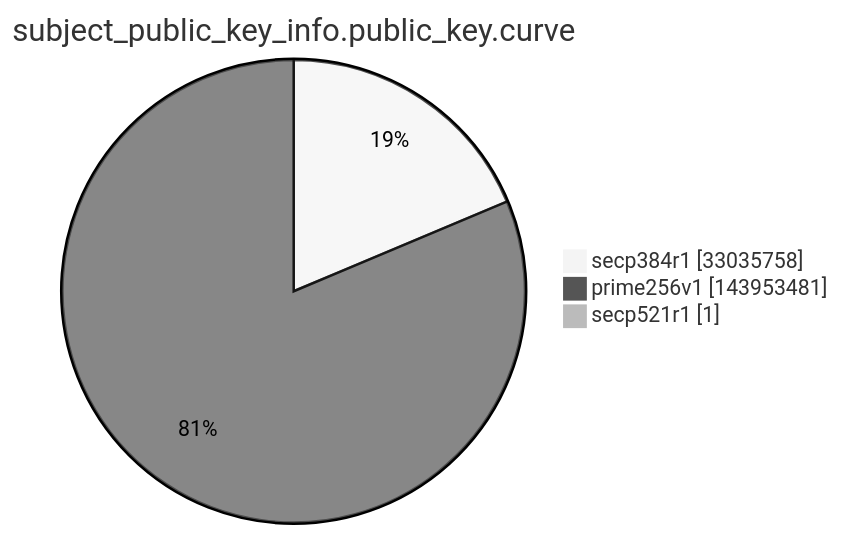
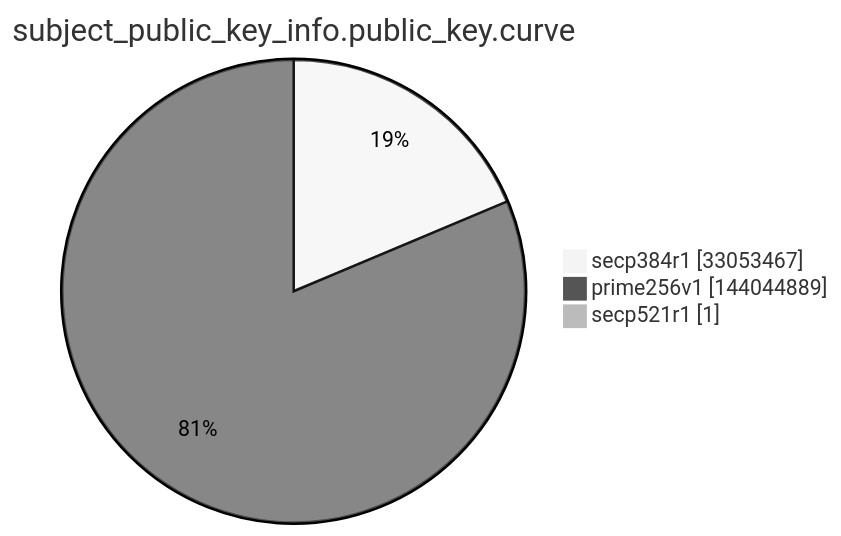
Before and after one commit to christiankrug/ctmonitor_visualization: the ninth of 15 diagrams in argon2022/README.md, drawn with Mermaid (neutral theme). The commit also changed other lines of this file, not shown here.

````diff
--- a/argon2022/README.md
+++ b/argon2022/README.md
@@ -2764,7 +2764,7 @@
 ```mermaid
 pie showData
 title subject_public_key_info.public_key.curve
-"secp384r1" :33035758
-"prime256v1" :143953481
+"secp384r1" :33053467
+"prime256v1" :144044889
 "secp521r1" :1
 ```
````
